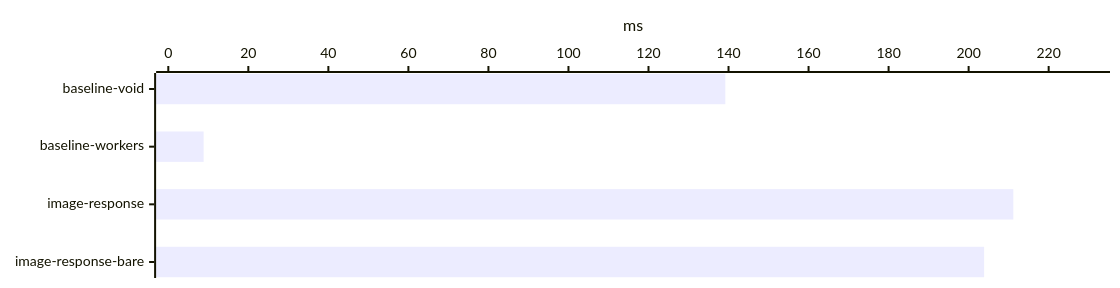
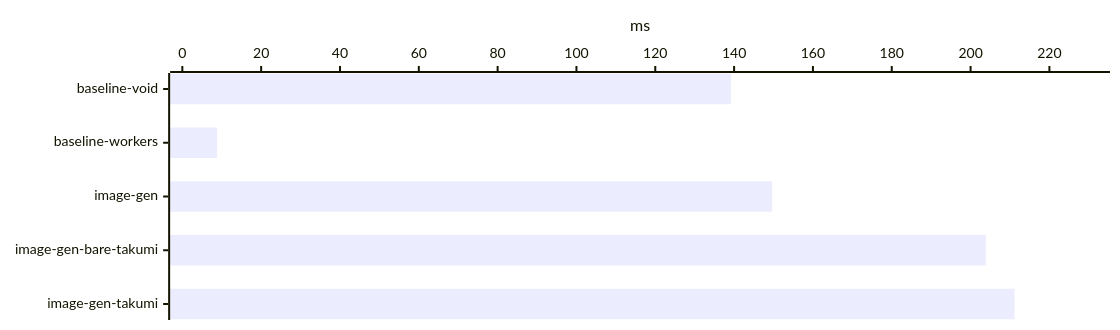
Before and after one commit to voidzero-dev/void: the third of 25 diagrams in benchmark/report.md, drawn with Mermaid. The commit also changed other lines of this file and 41 other files, not shown here.

````diff
--- a/benchmark/report.md
+++ b/benchmark/report.md
@@ -70,12 +72,12 @@
 ```mermaid
 ---
 config:
   xyChart:
     width: 1100
-    height: 268
+    height: 310
 ---
 xychart-beta horizontal
-    x-axis ["baseline-void", "baseline-workers", "image-response", "image-response-bare"]
+    x-axis ["baseline-void", "baseline-workers", "image-gen", "image-gen-bare-takumi", "image-gen-takumi"]
     y-axis "ms" 0 --> 232.28333
-    bar [139.2, 8.8333333, 211.16667, 203.86667]
+    bar [139.2, 8.8333333, 149.66667, 203.86667, 211.16667]
 ```
````
